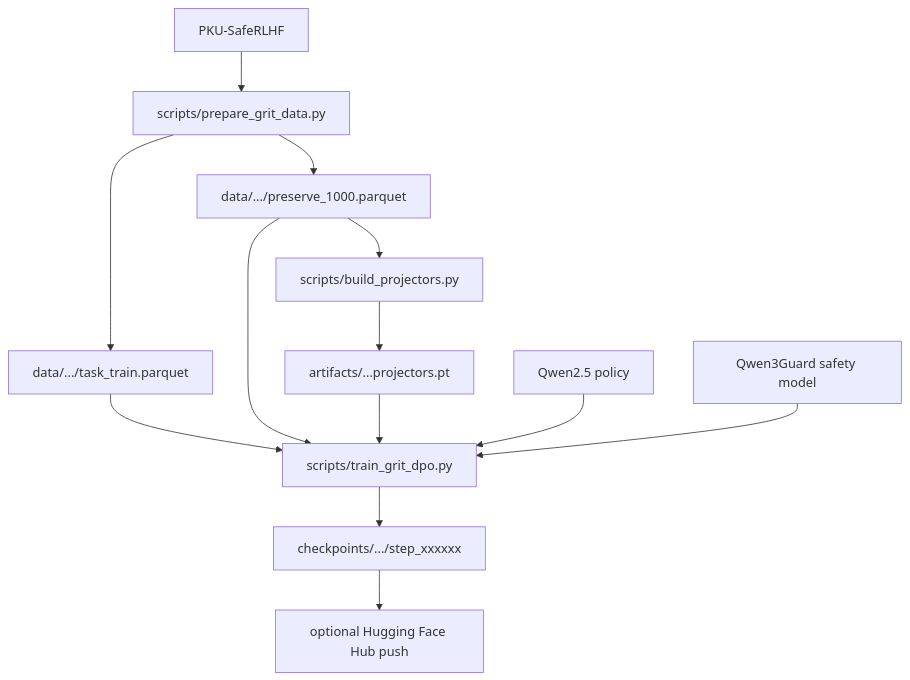
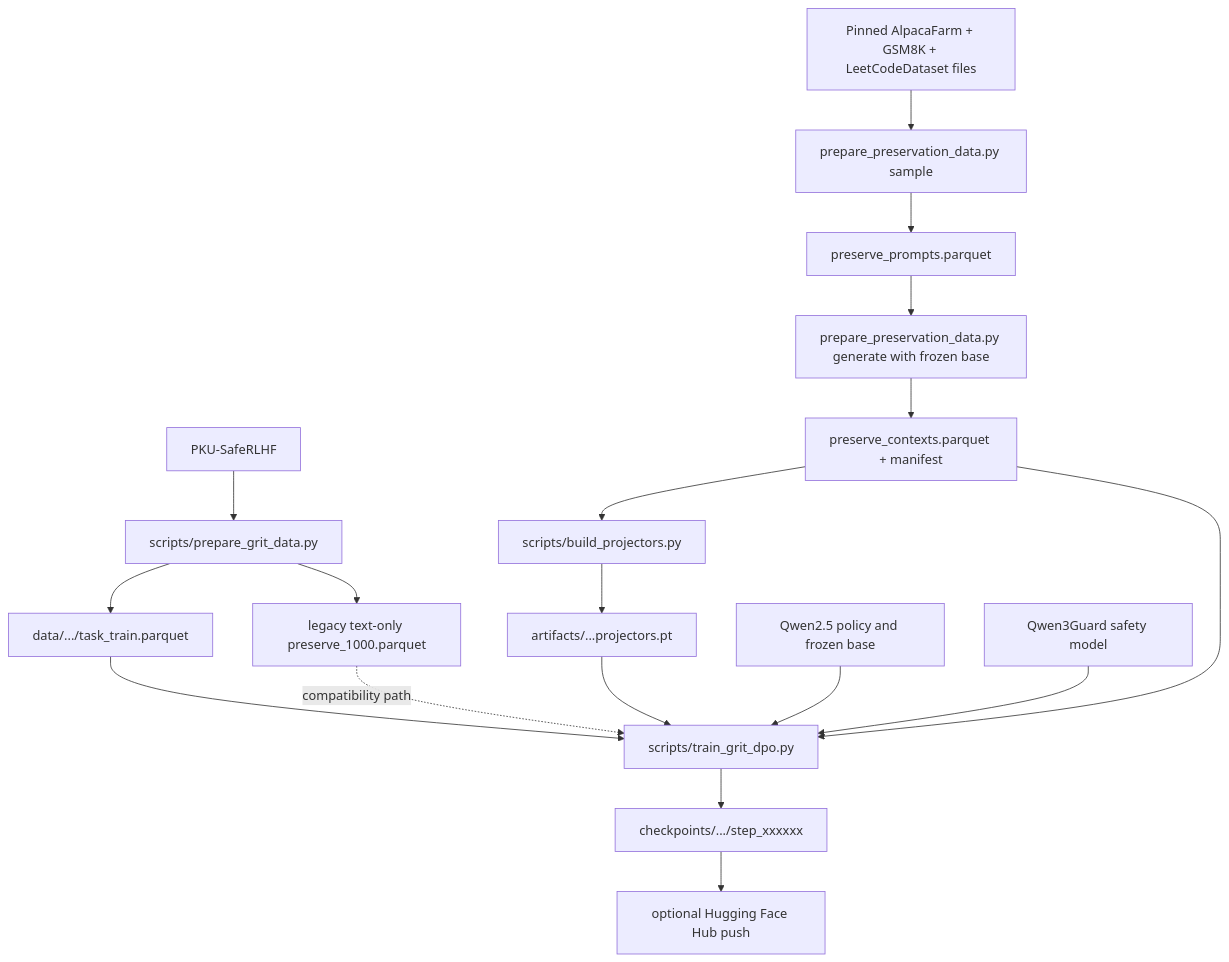
The diagram in WORKFLOW.md (DienHam/GRIT), drawn with Mermaid before and after one commit. The commit also changed other lines of this file, not shown here.

Commit message:
docs: align workflow with preservation data plan

````diff
--- a/WORKFLOW.md
+++ b/WORKFLOW.md
@@ -66,15 +68,20 @@
 ```mermaid
 flowchart TD
     A["PKU-SafeRLHF"] --> B["scripts/prepare_grit_data.py"]
     B --> C["data/.../task_train.parquet"]
-    B --> D["data/.../preserve_1000.parquet"]
-    D --> E["scripts/build_projectors.py"]
-    E --> F["artifacts/...projectors.pt"]
-    C --> G["scripts/train_grit_dpo.py"]
-    D --> G
-    F --> G
-    H["Qwen2.5 policy"] --> G
-    I["Qwen3Guard safety model"] --> G
-    G --> J["checkpoints/.../step_xxxxxx"]
-    J --> K["optional Hugging Face Hub push"]
+    B --> L["legacy text-only preserve_1000.parquet"]
+    D["Pinned AlpacaFarm + GSM8K + LeetCodeDataset files"] --> E["prepare_preservation_data.py sample"]
+    E --> F["preserve_prompts.parquet"]
+    F --> G["prepare_preservation_data.py generate with frozen base"]
+    G --> H["preserve_contexts.parquet + manifest"]
+    H --> I["scripts/build_projectors.py"]
+    I --> J["artifacts/...projectors.pt"]
+    C --> K["scripts/train_grit_dpo.py"]
+    H --> K
+    J --> K
+    L -. "compatibility path" .-> K
+    M["Qwen2.5 policy and frozen base"] --> K
+    N["Qwen3Guard safety model"] --> K
+    K --> O["checkpoints/.../step_xxxxxx"]
+    O --> P["optional Hugging Face Hub push"]
 ```
````
